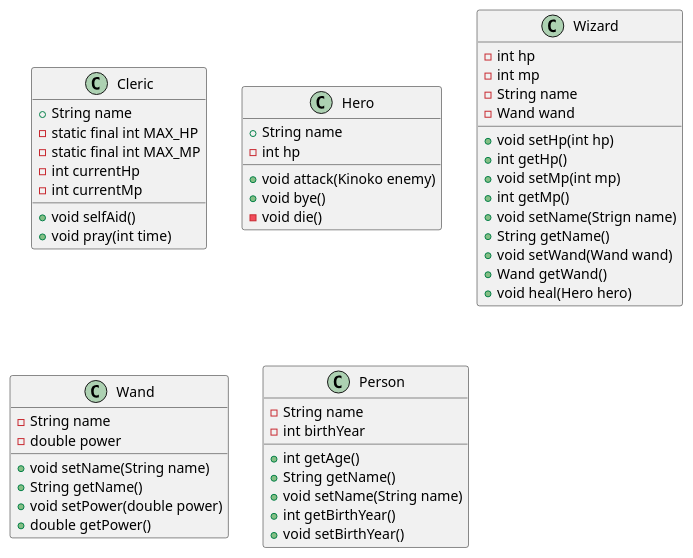
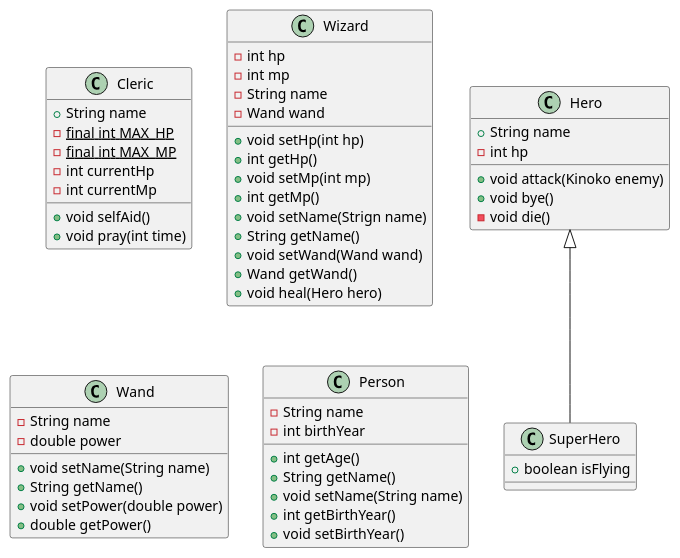
Before and after one commit to SurvivalCodingCampus/polytech_java_study: the diagram in src/main/java/com/survivalcoding/game.puml, drawn with PlantUML.

Commit message:
style: SuperHero

```diff
--- a/src/main/java/com/survivalcoding/game.puml
+++ b/src/main/java/com/survivalcoding/game.puml
@@ -1,60 +1,64 @@
 @startuml
 'https://plantuml.com/class-diagram
 
+class SuperHero extends Hero{
+    + boolean isFlying
+    
+}
 class Cleric{
     + String name
-    - static final int MAX_HP
-    - static final int MAX_MP
+    - {static} final int MAX_HP
+    - {static} final int MAX_MP
     - int currentHp
     - int currentMp
 
     + void selfAid()
     + void pray(int time)
 
 }
 class Hero{
     + String name
     - int hp
 
     + void attack(Kinoko enemy)
     + void bye()
     - void die()
 }
 class Wizard{
     - int hp
     - int mp
     - String name
     - Wand wand
 
     + void setHp(int hp)
     + int getHp()
     + void setMp(int mp)
     + int getMp()
     + void setName(Strign name)
     + String getName()
     + void setWand(Wand wand)
     + Wand getWand()
     + void heal(Hero hero)
 }
 
 class Wand{
     - String name
     - double power
 
     + void setName(String name)
     + String getName()
     + void setPower(double power)
     + double getPower()
 }
 
 class Person{
     - String name
     - int birthYear
 
     + int getAge()
     + String getName()
     + void setName(String name)
     + int getBirthYear()
     + void setBirthYear()
 }
 @enduml
```
